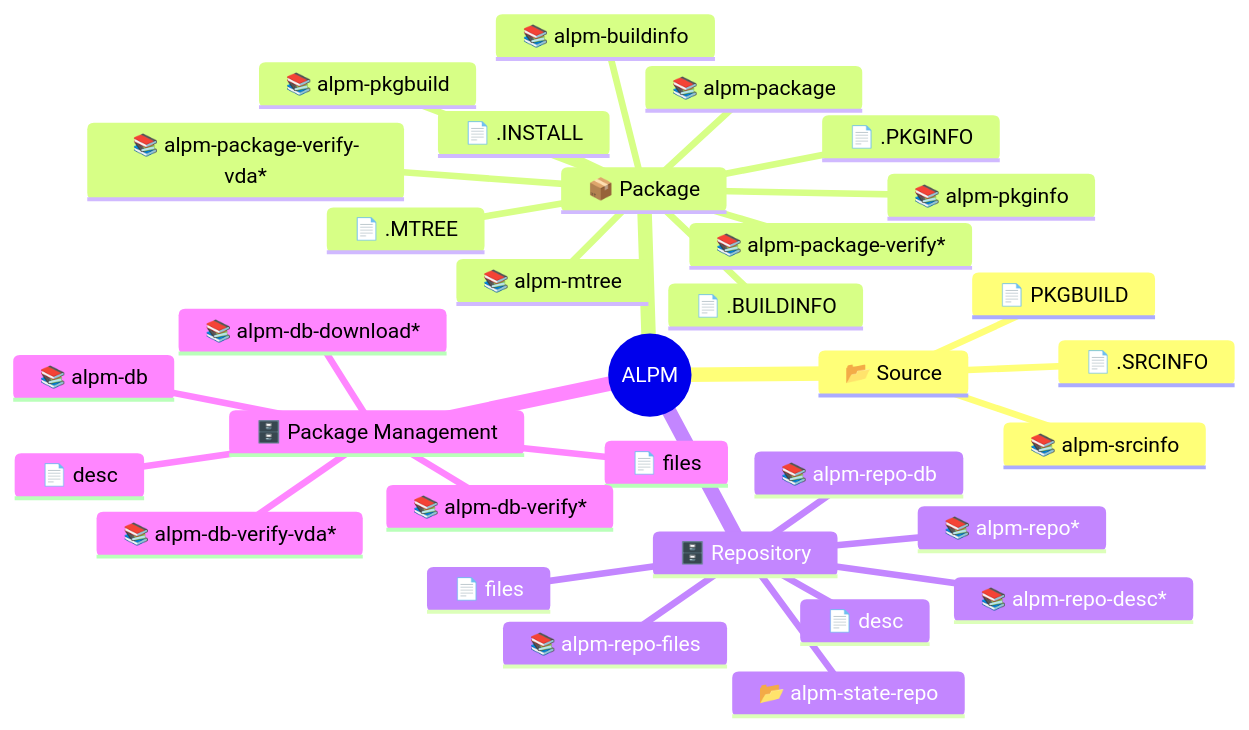
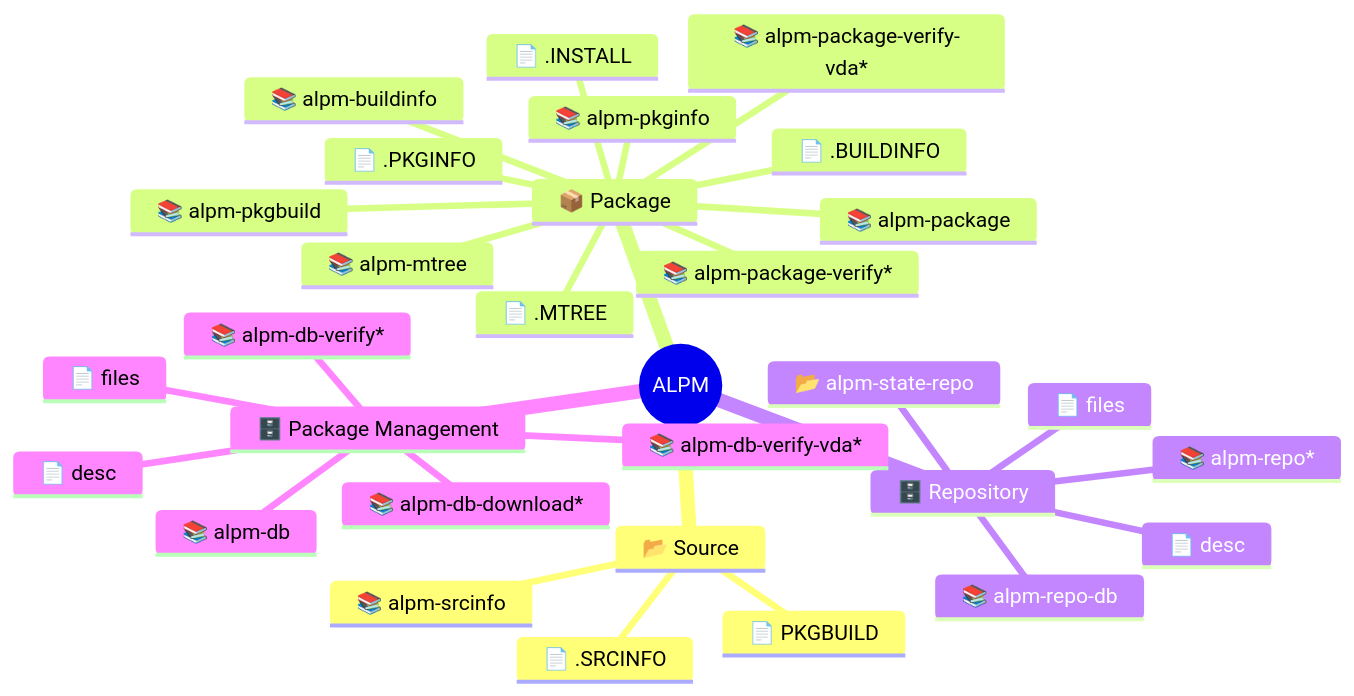
The diagram in README.md (archlinux/alpm), drawn with Mermaid before and after one commit. The commit also changed other lines of this file, not shown here.

First line of the commit message:
docs(README): Consolidate information on `alpm-repo-db`

````diff
--- a/README.md
+++ b/README.md
@@ -25,35 +25,33 @@
 ```mermaid
 mindmap
   root((ALPM))
     📂 Source
       📄 PKGBUILD
       📄 .SRCINFO
       📚️ alpm-srcinfo
     📦 Package
       📄 .BUILDINFO
       📄 .PKGINFO
       📄 .INSTALL
       📄 .MTREE
       📚️ alpm-buildinfo
       📚️ alpm-pkgbuild
       📚️ alpm-pkginfo
       📚️ alpm-mtree
       📚️ alpm-package
       📚️ alpm-package-verify*
       📚️ alpm-package-verify-vda*
     🗄️ Repository
       📄 desc
       📄 files
       📚️ alpm-repo*
       📚️ alpm-repo-db
-      📚️ alpm-repo-desc*
-      📚️ alpm-repo-files
       📂 alpm-state-repo
     🗄️ Package Management
       📄 desc
       📄 files
       📚️ alpm-db
       📚️ alpm-db-download*
       📚️ alpm-db-verify*
       📚️ alpm-db-verify-vda*
 ```
````
